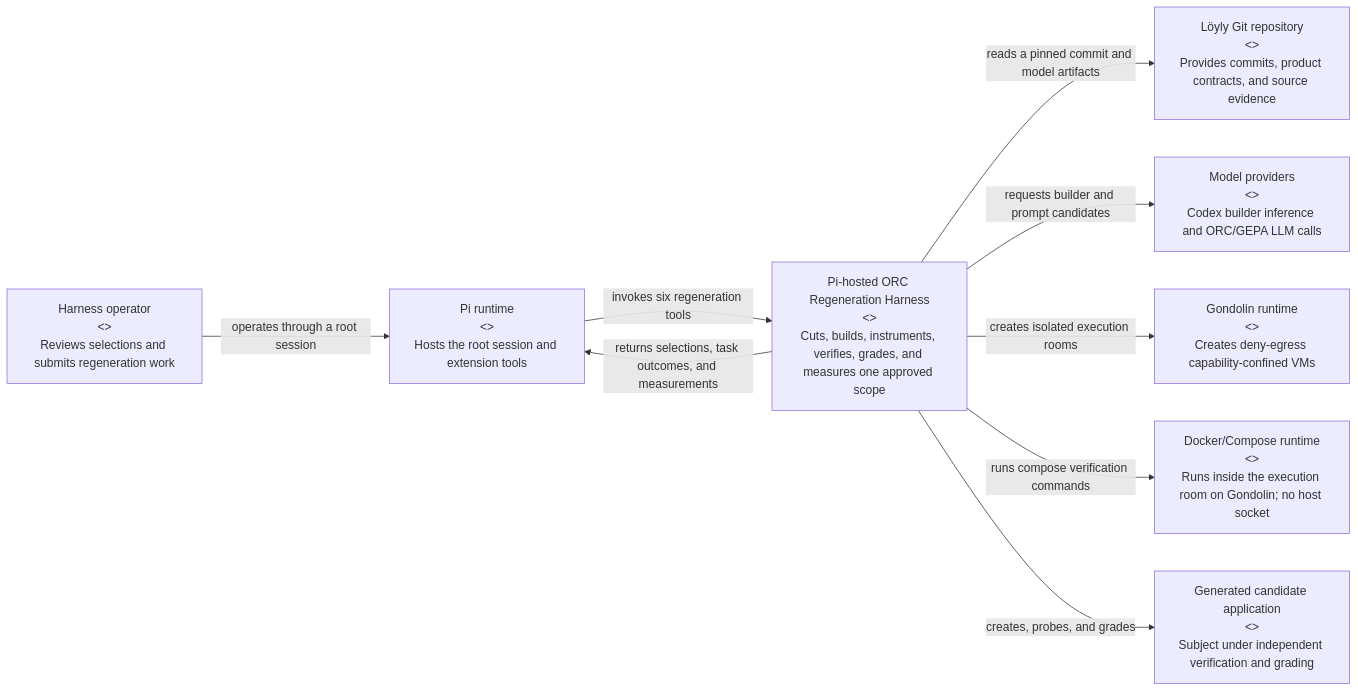
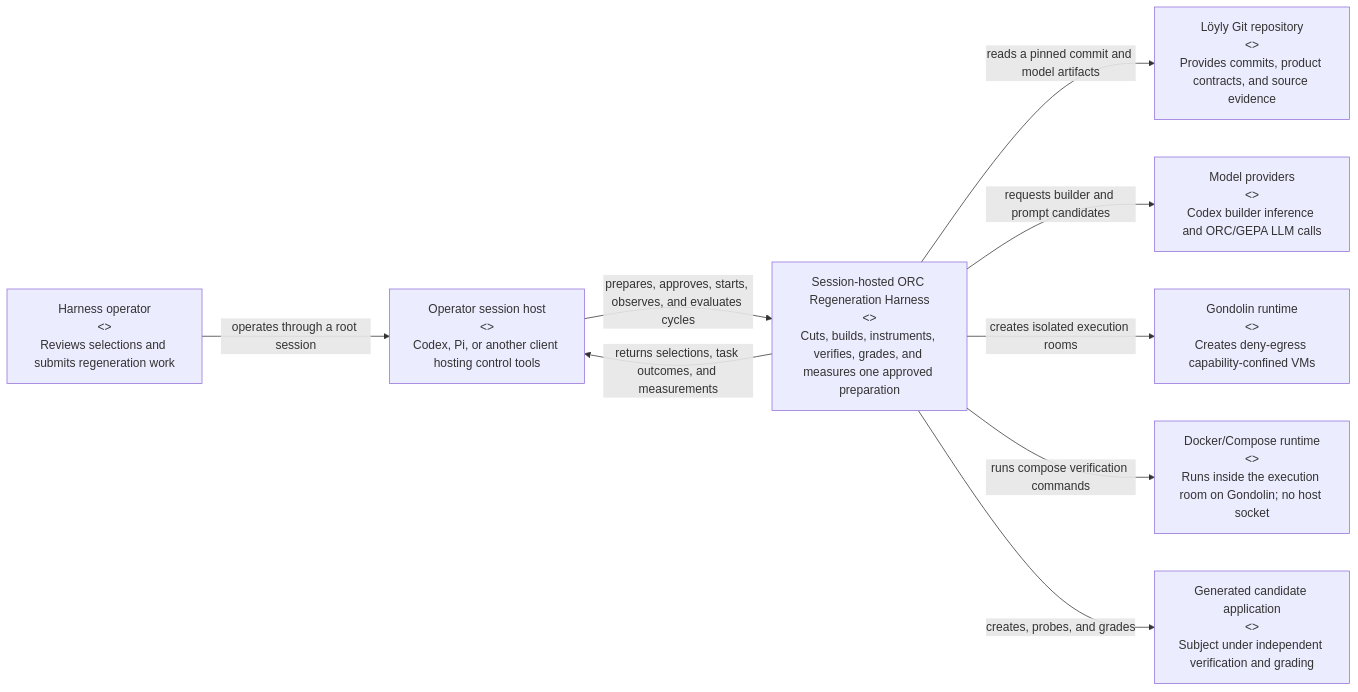
The first of 8 diagrams in .pi/architecture.md (scope-impact/loyly), drawn with Mermaid before and after one commit. The commit also changed other lines of this file and 121 other files, not shown here.

Commit message:
refactor(pi-harness): align ORC worker namespaces

````diff
--- a/.pi/architecture.md
+++ b/.pi/architecture.md
@@ -31,21 +31,21 @@
 ```mermaid
 flowchart LR
     operator["Harness operator<br/><<Person>><br/>Reviews selections and submits regeneration work"]
-    pi["Pi runtime<br/><<External Software System>><br/>Hosts the root session and extension tools"]
+    pi["Operator session host<br/><<External Software System>><br/>Codex, Pi, or another client hosting control tools"]
     source["Löyly Git repository<br/><<External Software System>><br/>Provides commits, product contracts, and source evidence"]
     models["Model providers<br/><<External Software System>><br/>Codex builder inference and ORC/GEPA LLM calls"]
     gondolin["Gondolin runtime<br/><<External Software System>><br/>Creates deny-egress capability-confined VMs"]
     compose["Docker/Compose runtime<br/><<External Software System>><br/>Runs inside the execution room on Gondolin; no host socket"]
     candidate["Generated candidate application<br/><<External Software System>><br/>Subject under independent verification and grading"]
 
-    harness["Pi-hosted ORC Regeneration Harness<br/><<Software System>><br/>Cuts, builds, instruments, verifies, grades, and measures one approved scope"]
+    harness["Session-hosted ORC Regeneration Harness<br/><<Software System>><br/>Cuts, builds, instruments, verifies, grades, and measures one approved preparation"]
 
     operator -->|"operates through a root session"| pi
-    pi -->|"invokes six regeneration tools"| harness
+    pi -->|"prepares, approves, starts, observes, and evaluates cycles"| harness
     harness -->|"reads a pinned commit and model artifacts"| source
     harness -->|"requests builder and prompt candidates"| models
     harness -->|"creates isolated execution rooms"| gondolin
     harness -->|"runs compose verification commands"| compose
     harness -->|"creates, probes, and grades"| candidate
     harness -->|"returns selections, task outcomes, and measurements"| pi
 ```
````
